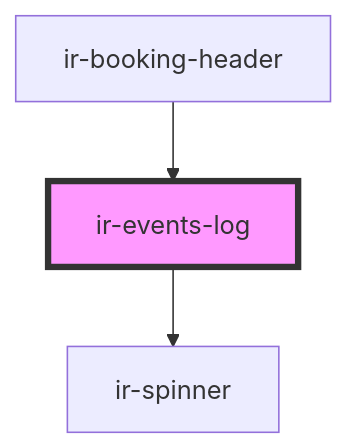
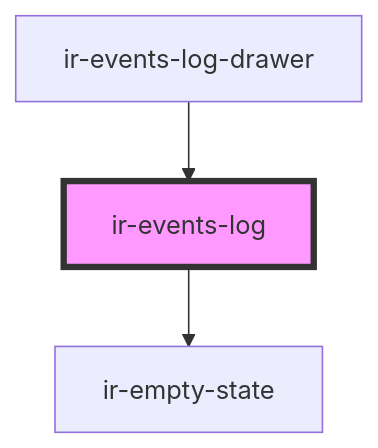
Before and after one commit to RonyRizk/ir-webcmp: the diagram in src/components/ir-booking-details/ir-booking-header/events-log/readme.md, drawn with Mermaid. The commit also changed other lines of this file and 54 other files, not shown here.

````diff
--- a/src/components/ir-booking-details/ir-booking-header/events-log/readme.md
+++ b/src/components/ir-booking-details/ir-booking-header/events-log/readme.md
@@ -27,6 +24,6 @@
 ```mermaid
 graph TD;
-  ir-events-log --> ir-spinner
-  ir-booking-header --> ir-events-log
+  ir-events-log --> ir-empty-state
+  ir-events-log-drawer --> ir-events-log
   style ir-events-log fill:#f9f,stroke:#333,stroke-width:4px
 ```
````
